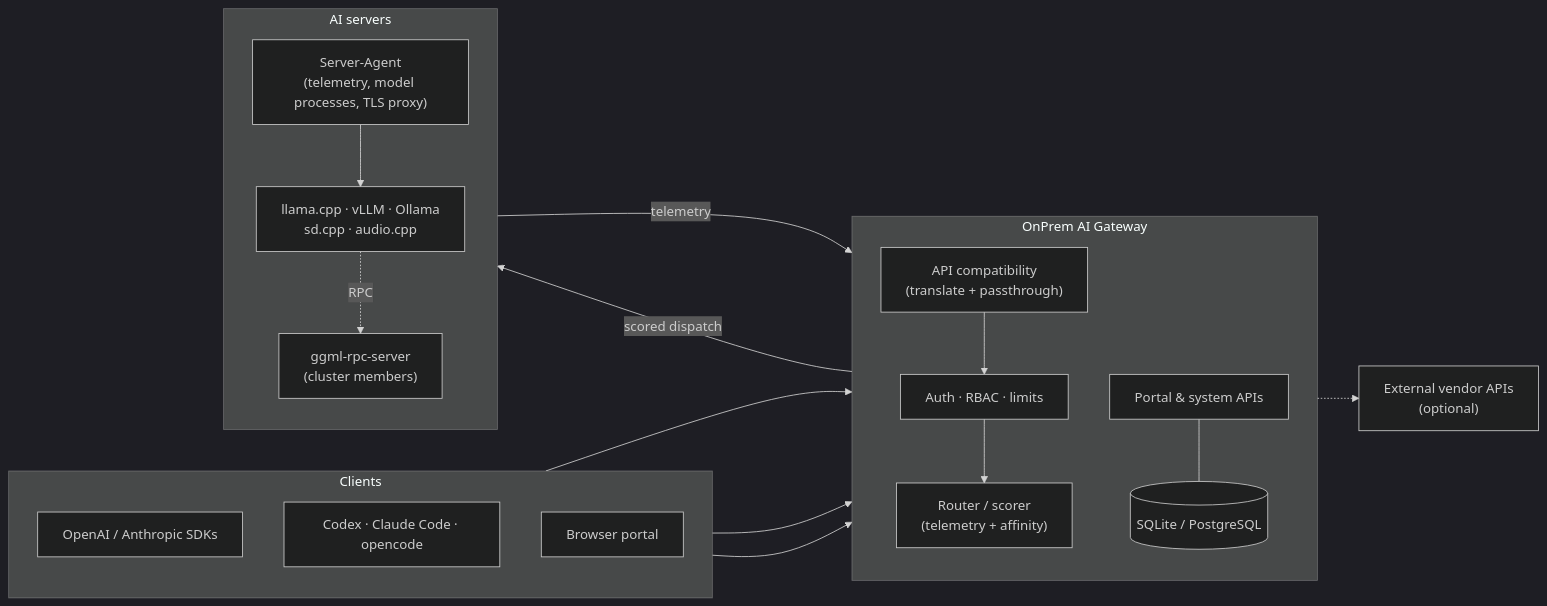
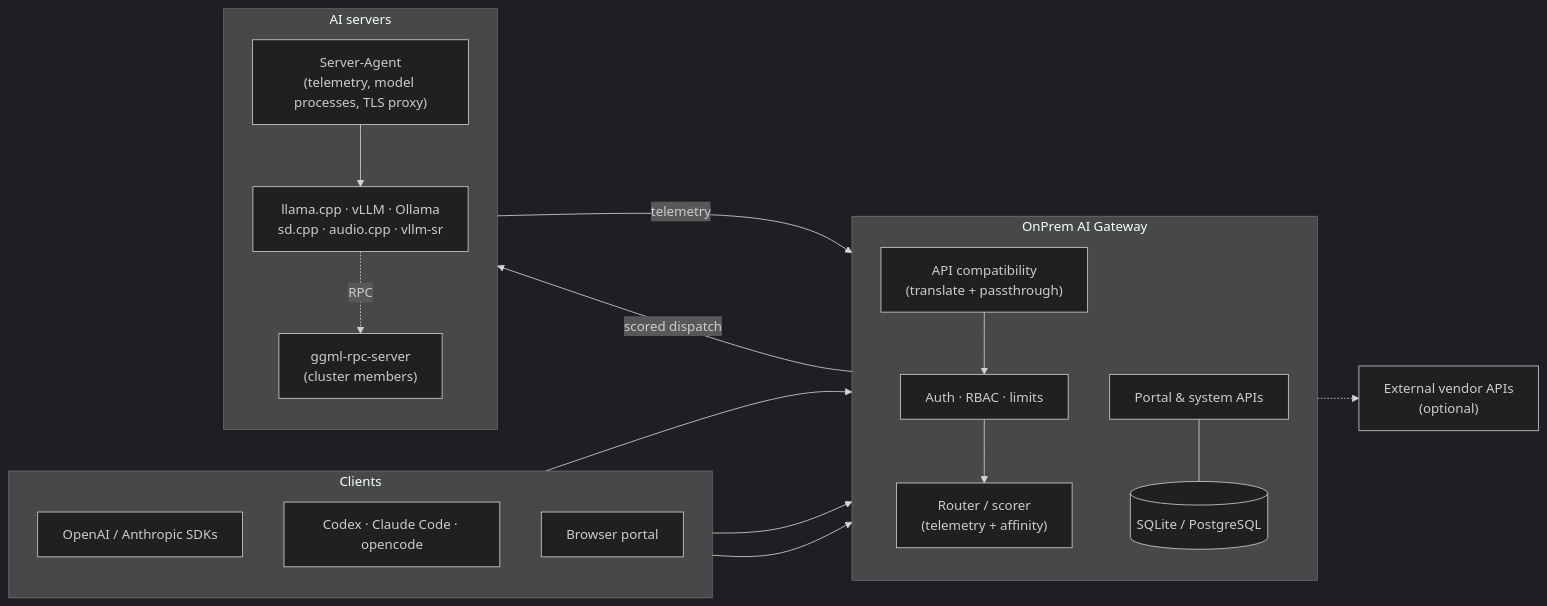
The diagram in README.md (JLor08/op-ai-gateway), drawn with Mermaid (dark theme) before and after one commit. The commit also changed other lines of this file and 64 other files, not shown here.

````diff
--- a/README.md
+++ b/README.md
@@ -200,38 +200,38 @@
 ```mermaid
 flowchart LR
     subgraph clients ["Clients"]
         direction TB
         sdk["OpenAI / Anthropic SDKs"]
         agents["Codex · Claude Code · opencode"]
         browser["Browser portal"]
     end
 
     subgraph gateway ["OnPrem AI Gateway"]
         direction TB
         compat["API compatibility<br/>(translate + passthrough)"]
         auth["Auth · RBAC · limits"]
         router["Router / scorer<br/>(telemetry + affinity)"]
         portal["Portal & system APIs"]
         db[("SQLite / PostgreSQL")]
     end
 
     subgraph fleet ["AI servers"]
         direction TB
         agent["Server-Agent<br/>(telemetry, model processes, TLS proxy)"]
-        srv1["llama.cpp · vLLM · Ollama<br/>sd.cpp · audio.cpp"]
+        srv1["llama.cpp · vLLM · Ollama<br/>sd.cpp · audio.cpp · vllm-sr"]
         member["ggml-rpc-server<br/>(cluster members)"]
     end
 
     vendors["External vendor APIs<br/>(optional)"]
 
     sdk --> compat
     agents --> compat
     browser --> portal
     compat --> auth --> router
     router -->|"scored dispatch"| agent
     agent --> srv1
     srv1 -.->|"RPC"| member
     router -.-> vendors
     agent -->|"telemetry"| router
     portal --- db
 ```
````
